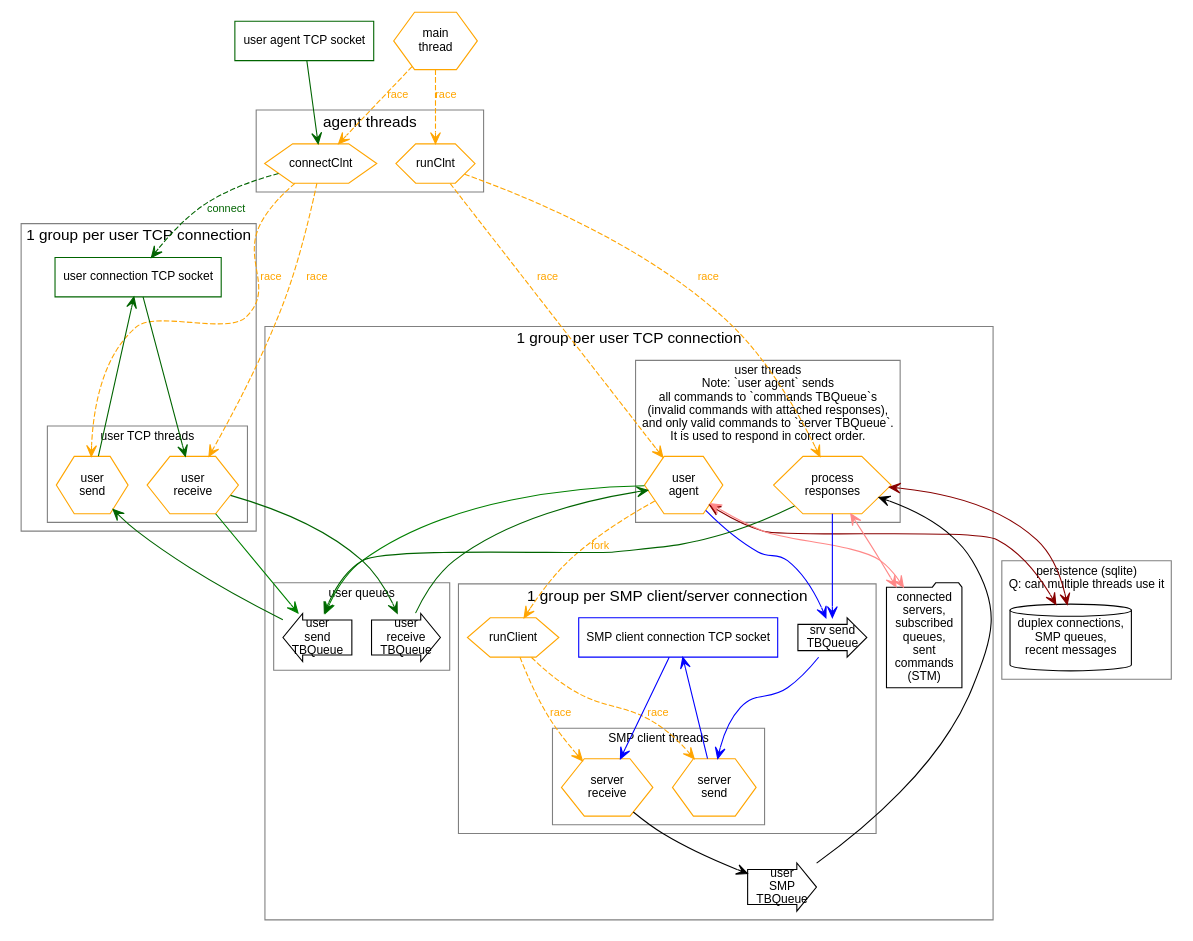
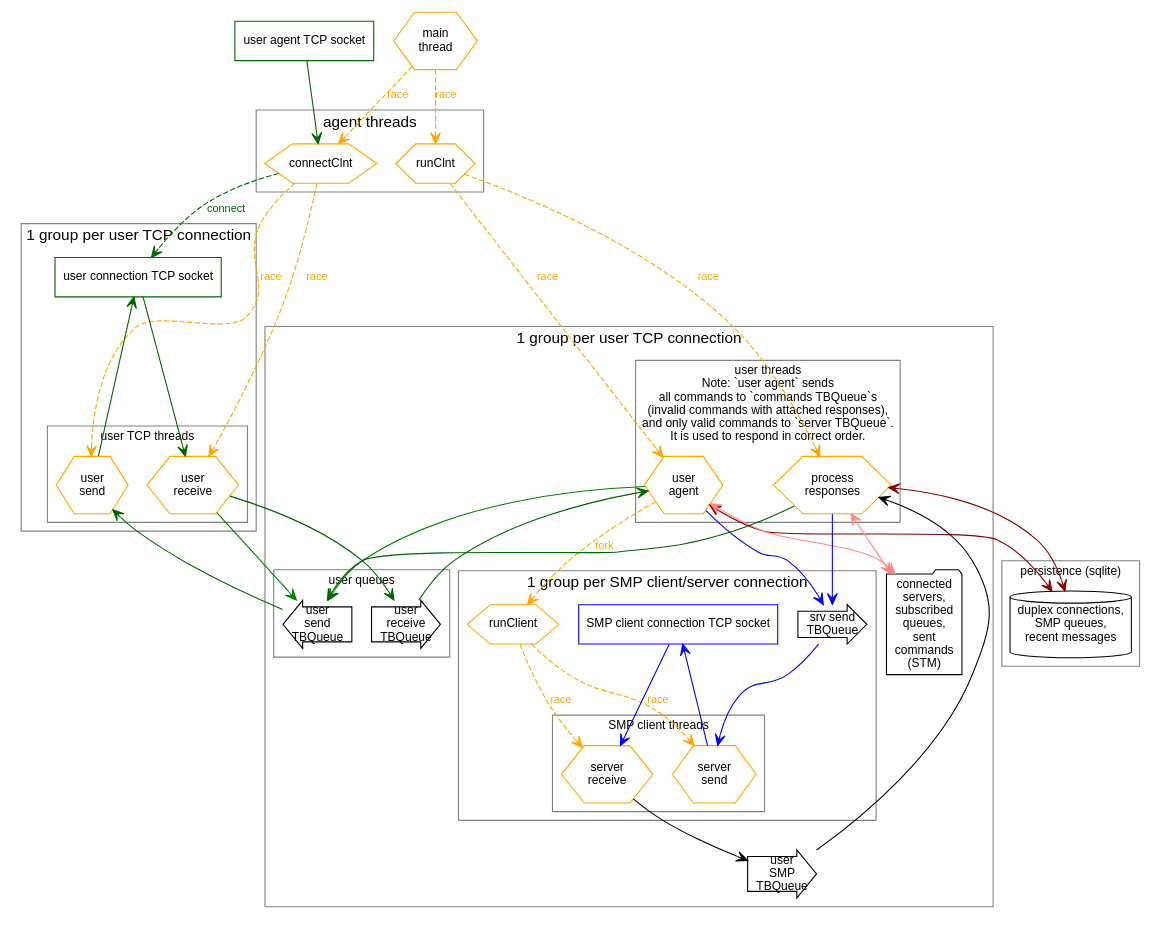
One commit to simplex-chat/simplexmq changed the diagram in design/agent2.gv. Above: the diagram before and after it, drawn with Graphviz. The commit also changed 2 other files, not shown here.

```diff
--- a/design/agent2.gv
+++ b/design/agent2.gv
@@ -1,99 +1,99 @@
 digraph SMPAgent {
   graph [fontname=arial]
   node [fontname=arial fontsize=11 shape=box]
   edge [fontname=arial fontsize=10 arrowhead=open arrowtail=open]
 
   main [shape=hexagon color=orange label="main\nthread"]
   aSock [label="user agent TCP socket" color=darkgreen]
 
   subgraph clusterPersistence {
     graph [fontsize=11 color=gray]
-    label="persistence (sqlite)\nQ: can multiple threads use it"
+    label="persistence (sqlite)"
     connectionsStore [shape=cylinder label="duplex connections,\nSMP queues,\nrecent messages"]
   }
 
   subgraph clusterAgent {
     graph [color=gray]
     node [shape=hexagon color=orange]
     label="agent threads" 
     connectClnt
     runClnt
   }
 
   main -> {runClnt connectClnt} [style=dashed label="race" color=orange fontcolor=orange]
   aSock -> connectClnt [color=darkgreen]
 
   subgraph clusterUserTCP {
     graph [color=gray]
     label="1 group per user TCP connection"
     uSock [label="user connection TCP socket" color=darkgreen]
 
     subgraph clusterUserTCPThreads {
       graph [fontsize=11 color=gray]
       label="user TCP threads"
       node [shape=hexagon, color=orange]
       uRcv [label="user\nreceive"]
       uSnd [label="user\nsend"]
     }
 
     uSock -> uRcv [color=darkgreen]
     uSnd -> uSock [color=darkgreen]
   }
 
   subgraph clusterUser {
     graph [color=gray]
     label="1 group per user TCP connection"
 
     subgraph clusterUserInterface {
       graph [fontsize=11]
       label="user queues"
       uInq [shape=rarrow label="user\nreceive\nTBQueue"]
       uOutq [shape=larrow label="user\nsend\nTBQueue"]
     }
 
     subgraph clusterUserThreads {
       graph [fontsize=11]
       label="user threads\nNote: `user agent` sends\nall commands to `commands TBQueue`s\n(invalid commands with attached responses),\nand only valid commands to `server TBQueue`.\nIt is used to respond in correct order."
       node [shape=hexagon, color=orange]
       uAgent [label="user\nagent"]
       uProcess [label="process\nresponses"]
     }
 
     uRcv -> uInq -> uAgent [color=darkgreen]
     uProcess -> uOutq -> uSnd [color=darkgreen]
     {uRcv uAgent} -> uOutq [color=green]
 
     uRespq [shape=rarrow label="user\nSMP\nTBQueue"]
 
     subgraph clusterClient {
       label="1 group per SMP client/server connection"
       runClient [shape=hexagon, color=orange]
       sOutq [shape=rarrow label="srv send\nTBQueue"]
       sSock [label="SMP client connection TCP socket" color=blue]
 
       subgraph clusterServerThreads {
         graph [fontsize=11]
         label="SMP client threads"
         node [shape=hexagon, color=orange]
         sAgent [label="server\nreceive"]
         sSnd [label="server\nsend"]
       }
 
       runClient -> {sAgent sSnd} [style=dashed label=race color=orange fontcolor=orange]
       {uAgent uProcess} -> sOutq -> sSnd -> sSock -> sAgent [color=blue]
     }
 
     userState [label="connected\nservers,\nsubscribed\nqueues,\nsent\ncommands\n(STM)" shape="folder"]
 
     {uAgent uProcess} -> userState [dir=both color="#FF8888"]
     {uAgent uProcess} -> connectionsStore [dir=both color="#880000"]
 
     connectClnt -> uSock [style=dashed label="connect" color=darkgreen fontcolor=darkgreen]
     connectClnt -> {uRcv uSnd} [style=dashed label="race" color=orange fontcolor=orange]
     runClnt -> {uAgent uProcess} [style=dashed label="race" color=orange fontcolor=orange]
 
     sAgent -> uRespq -> uProcess
 
     uAgent -> runClient [style=dashed label="fork" color=orange fontcolor=orange]
   }
 }
```
